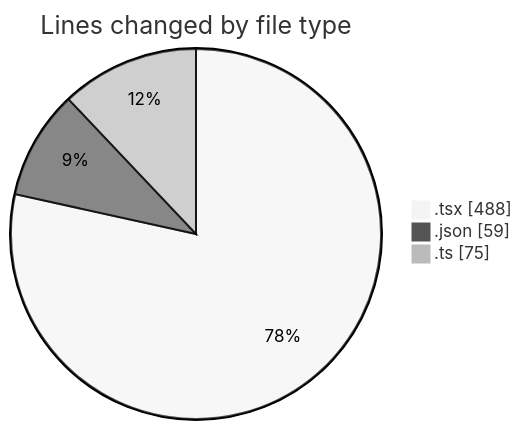
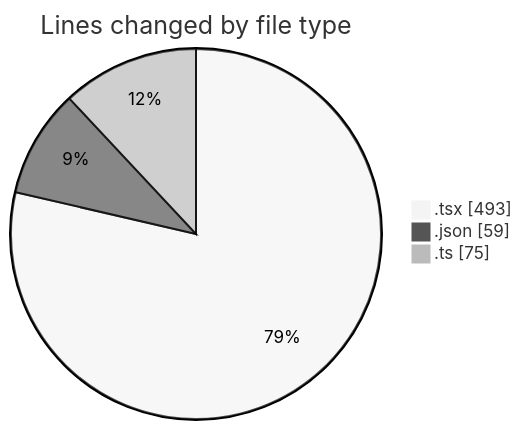
The first of 2 diagrams in 2025-11-24/cda/README.md (momahboobian/code-tracking), drawn with Mermaid (neutral theme) before and after one commit. The commit also changed other lines of this file and 1 other file, not shown here.

````diff
--- a/2025-11-24/cda/README.md
+++ b/2025-11-24/cda/README.md
@@ -24,7 +24,7 @@
 ```mermaid
 pie showData
 title Lines changed by file type
-".tsx" : 488
+".tsx" : 493
 ".json" : 59
 ".ts" : 75
 ```
````
